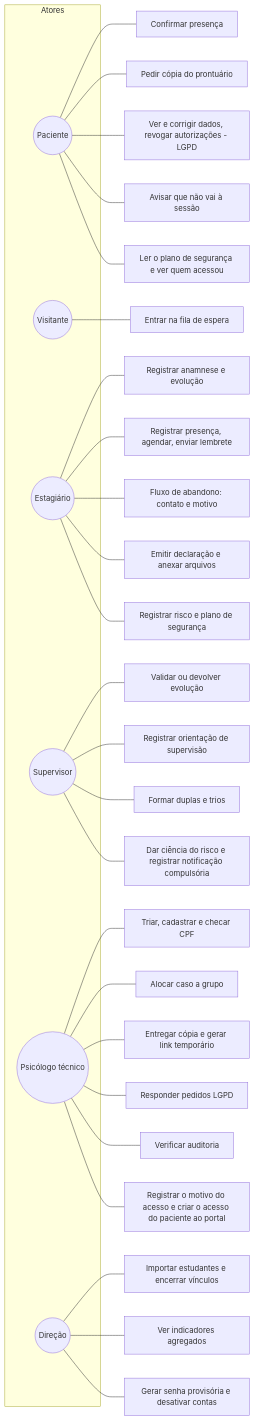
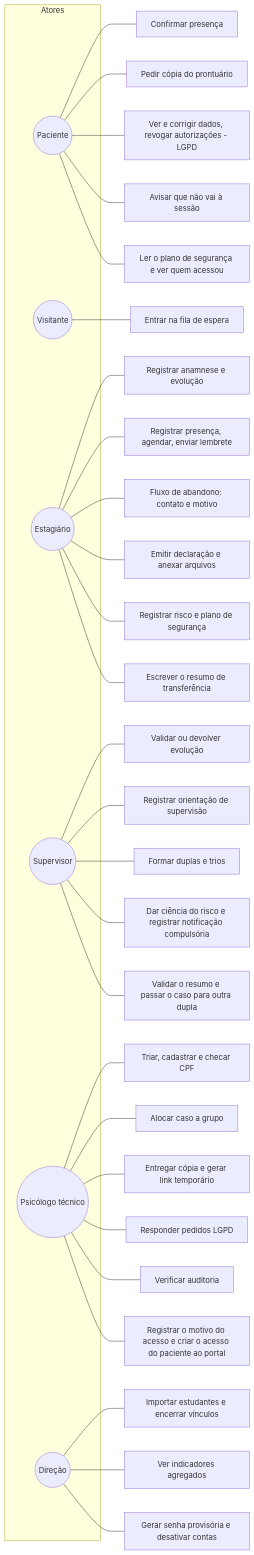
One commit to isaacjesusjj/prontuario-eletronico changed the third of 3 diagrams in docs/diagramas.md. Above: the diagram before and after it, drawn with Mermaid. The commit also changed other lines of this file and 24 other files, not shown here.

First line of the commit message:
Transição de semestre: resumo de transferência e passagem do caso

````diff
--- a/docs/diagramas.md
+++ b/docs/diagramas.md
@@ -331,35 +347,37 @@
 ```mermaid
 flowchart LR
     subgraph Atores
       PA((Paciente))
       VI((Visitante))
       ES((Estagiário))
       SU((Supervisor))
       TE((Psicólogo técnico))
       DI((Direção))
     end
     VI --- U1[Entrar na fila de espera]
     PA --- U2[Confirmar presença]
     PA --- U3[Pedir cópia do prontuário]
     PA --- U4[Ver e corrigir dados, revogar autorizações - LGPD]
     PA --- U19[Avisar que não vai à sessão]
     PA --- U20[Ler o plano de segurança e ver quem acessou]
     ES --- U5[Registrar anamnese e evolução]
     ES --- U6[Registrar presença, agendar, enviar lembrete]
     ES --- U7[Fluxo de abandono: contato e motivo]
     ES --- U8[Emitir declaração e anexar arquivos]
     ES --- U21[Registrar risco e plano de segurança]
+    ES --- U25[Escrever o resumo de transferência]
     SU --- U9[Validar ou devolver evolução]
     SU --- U10[Registrar orientação de supervisão]
     SU --- U11[Formar duplas e trios]
     SU --- U22[Dar ciência do risco e registrar notificação compulsória]
+    SU --- U26[Validar o resumo e passar o caso para outra dupla]
     TE --- U12[Triar, cadastrar e checar CPF]
     TE --- U13[Alocar caso a grupo]
     TE --- U14[Entregar cópia e gerar link temporário]
     TE --- U15[Responder pedidos LGPD]
     TE --- U16[Verificar auditoria]
     TE --- U23[Registrar o motivo do acesso e criar o acesso do paciente ao portal]
     DI --- U17[Importar estudantes e encerrar vínculos]
     DI --- U18[Ver indicadores agregados]
     DI --- U24[Gerar senha provisória e desativar contas]
 ```
````
